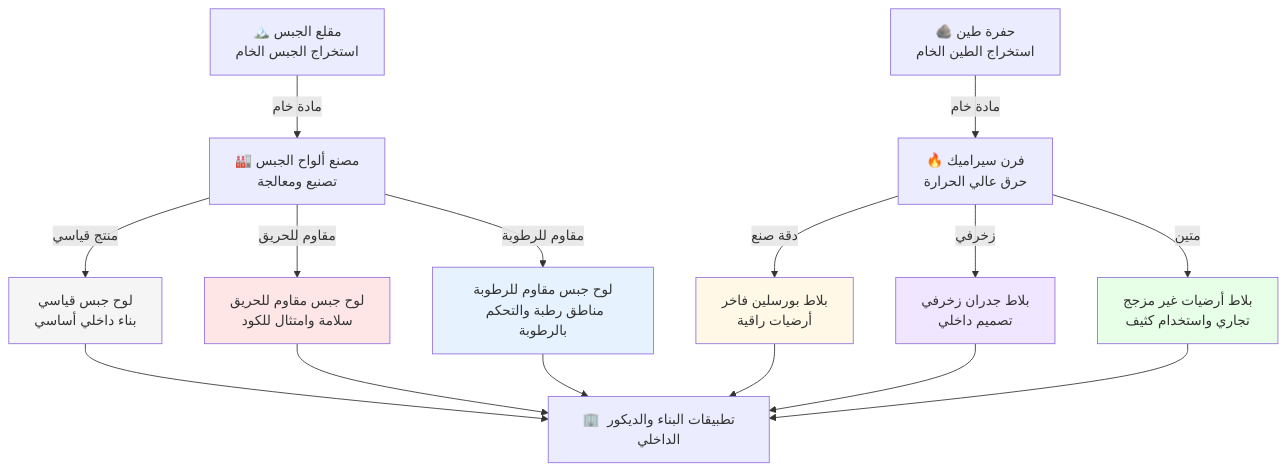
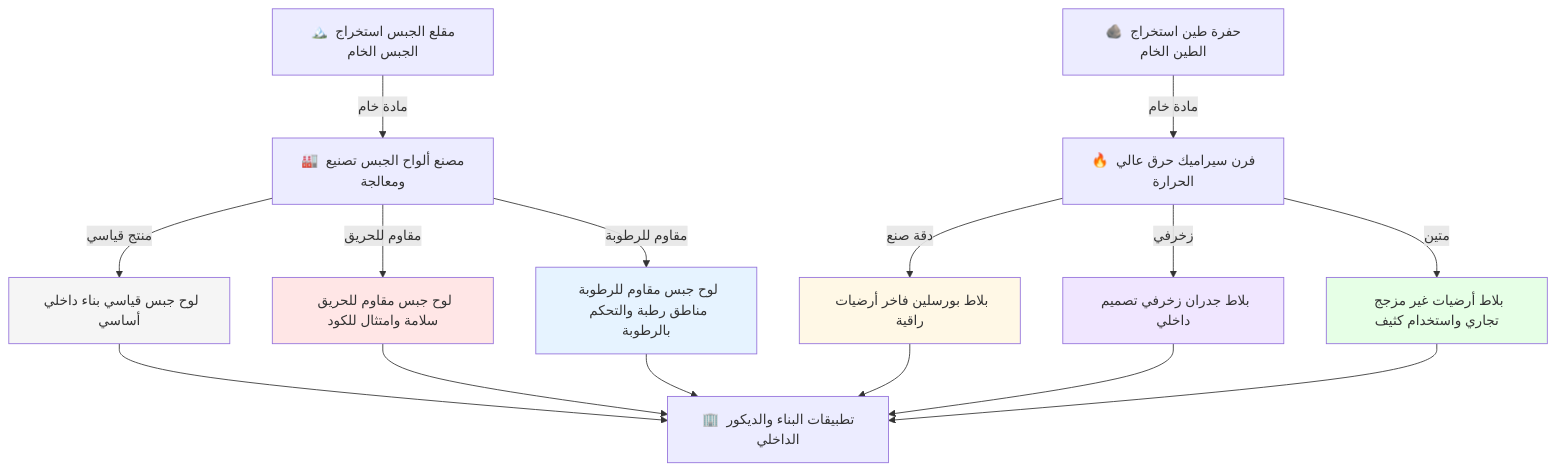
One commit to tayyebi/gcc changed the fourth of 4 diagrams in content/ar_iq/supply-chain/index.md. Above: the diagram before and after it, drawn with Mermaid. The commit also changed other lines of this file and 56 other files, not shown here.

````diff
--- a/content/ar_iq/supply-chain/index.md
+++ b/content/ar_iq/supply-chain/index.md
@@ -125,29 +125,29 @@
 ```mermaid
 graph TD
-    A["🏔️ مقلع الجبس<br/>استخراج الجبس الخام"] -->|مادة خام| B["🏭 مصنع ألواح الجبس<br/>تصنيع ومعالجة"]
+    A["🏔️ مقلع الجبس استخراج الجبس الخام"] -->|مادة خام| B["🏭 مصنع ألواح الجبس تصنيع ومعالجة"]
     
-    B -->|منتج قياسي| C["لوح جبس قياسي<br/>بناء داخلي أساسي"]
-    B -->|مقاوم للحريق| D["لوح جبس مقاوم للحريق<br/>سلامة وامتثال للكود"]
-    B -->|مقاوم للرطوبة| E["لوح جبس مقاوم للرطوبة<br/>مناطق رطبة والتحكم بالرطوبة"]
+    B -->|منتج قياسي| C["لوح جبس قياسي بناء داخلي أساسي"]
+    B -->|مقاوم للحريق| D["لوح جبس مقاوم للحريق سلامة وامتثال للكود"]
+    B -->|مقاوم للرطوبة| E["لوح جبس مقاوم للرطوبة مناطق رطبة والتحكم بالرطوبة"]
     
-    F["🪨 حفرة طين<br/>استخراج الطين الخام"] -->|مادة خام| G["🔥 فرن سيراميك<br/>حرق عالي الحرارة"]
+    F["🪨 حفرة طين استخراج الطين الخام"] -->|مادة خام| G["🔥 فرن سيراميك حرق عالي الحرارة"]
     
-    G -->|دقة صنع| H["بلاط بورسلين فاخر<br/>أرضيات راقية"]
-    G -->|زخرفي| I["بلاط جدران زخرفي<br/>تصميم داخلي"]
-    G -->|متين| J["بلاط أرضيات غير مزجج<br/>تجاري واستخدام كثيف"]
+    G -->|دقة صنع| H["بلاط بورسلين فاخر أرضيات راقية"]
+    G -->|زخرفي| I["بلاط جدران زخرفي تصميم داخلي"]
+    G -->|متين| J["بلاط أرضيات غير مزجج تجاري واستخدام كثيف"]
     
     K["🏢 تطبيقات البناء والديكور الداخلي"]
     C --> K
     D --> K
     E --> K
     H --> K
     I --> K
     J --> K
     
     style C fill:#f5f5f5
     style D fill:#ffe6e6
     style E fill:#e6f3ff
     style H fill:#fff8e6
     style I fill:#f0e6ff
     style J fill:#e6ffe6
 ```
````
